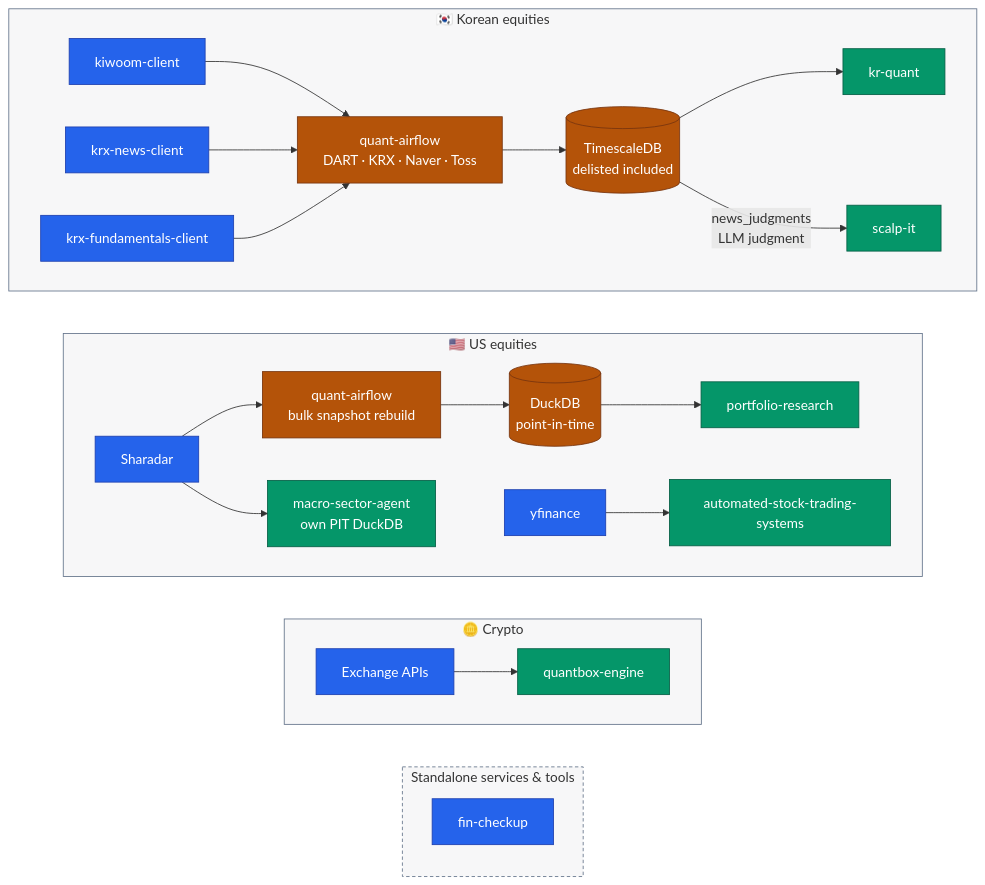
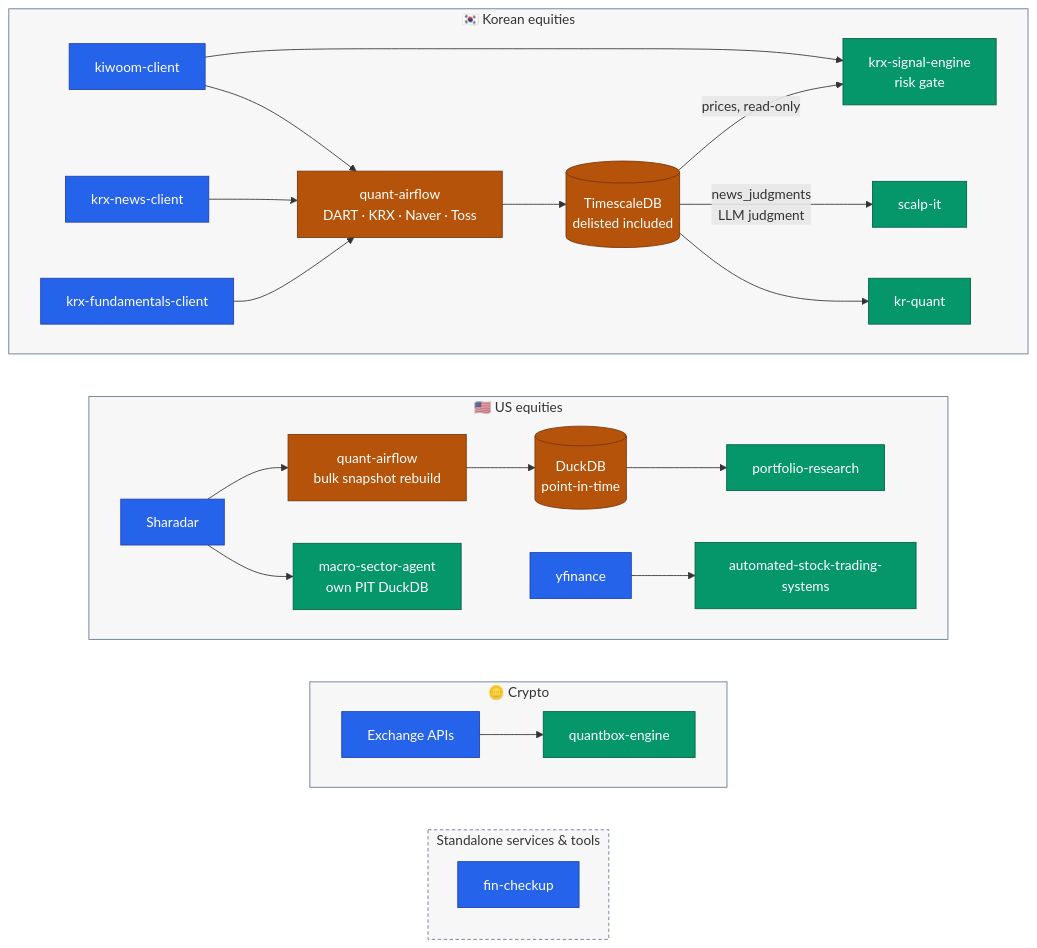
Before and after one commit to younghwan91/younghwan91: the diagram in README.md, drawn with Mermaid. The commit also changed other lines of this file and 1 other file, not shown here.

Commit message:
docs(readme): kiwoom-client MCP 서버 반영, gpt-quant-v2 -> krx-signal-engine 개명 갱신
- kiwoom-client: REST 182개 + condition_search MCP 서버 추가를 소개에 반영
- gpt-quant-v2(아카이브)를 krx-signal-engine으로 교체 — DART 리스크 게이트,
  quant-airflow 읽기전용 조회, 키움 브로커 어댑터 구조와 진행 상태(스텁 포함)를 기술
- 다이어그램에 krx-signal-engine 소비 흐름(DB, kiwoom-client) 추가

Claude-Session: https://claude.ai/code/session_01LcTKQbzhro1ikLrFj8srjS

````diff
--- a/README.md
+++ b/README.md
@@ -21,43 +21,45 @@
 ```mermaid
 flowchart TB
     subgraph KR ["🇰🇷 Korean equities"]
         direction LR
         K["kiwoom-client"] --> AF["quant-airflow<br/>DART · KRX · Naver · Toss"] --> DB[("TimescaleDB<br/>delisted included")] --> Q["kr-quant"]
         NW["krx-news-client"] --> AF
         F["krx-fundamentals-client"] --> AF
         DB -- "news_judgments<br/>LLM judgment" --> SC["scalp-it"]
+        DB -- "prices, read-only" --> KSIG["krx-signal-engine<br/>risk gate"]
+        K --> KSIG
     end
 
     subgraph US ["🇺🇸 US equities"]
         direction LR
         SH["Sharadar"] --> AFU["quant-airflow<br/>bulk snapshot rebuild"] --> DD[("DuckDB<br/>point-in-time")] --> O["portfolio-research"]
         SH --> MS["macro-sector-agent<br/>own PIT DuckDB"]
         YF["yfinance"] --> AT["automated-stock-trading-systems"]
     end
 
     subgraph CX ["🪙 Crypto"]
         direction LR
         EX["Exchange APIs"] --> CR["quantbox-engine"]
     end
 
     subgraph SVC ["Standalone services & tools"]
         direction TB
         FC["fin-checkup"]
     end
 
     %% 세로 정렬용 — `~~~` 는 그 자체로 보이지 않는 링크다(linkStyle 불필요).
     KR ~~~ US ~~~ CX ~~~ SVC
 
     classDef source fill:#2563EB,stroke:#1E40AF,color:#FFFFFF
     classDef move   fill:#B45309,stroke:#78350F,color:#FFFFFF
     classDef out    fill:#059669,stroke:#065F46,color:#FFFFFF
 
     class K,SH,YF,EX,F,NW,FC source
     class AF,AFU,DB,DD move
-    class Q,O,AT,CR,SC,MS out
+    class Q,O,AT,CR,SC,MS,KSIG out
 
     style KR  fill:#0F172A08,stroke:#64748B
     style US  fill:#0F172A08,stroke:#64748B
     style CX  fill:#0F172A08,stroke:#64748B
     style SVC fill:#0F172A08,stroke:#64748B,stroke-dasharray:4 3
 ```
````
